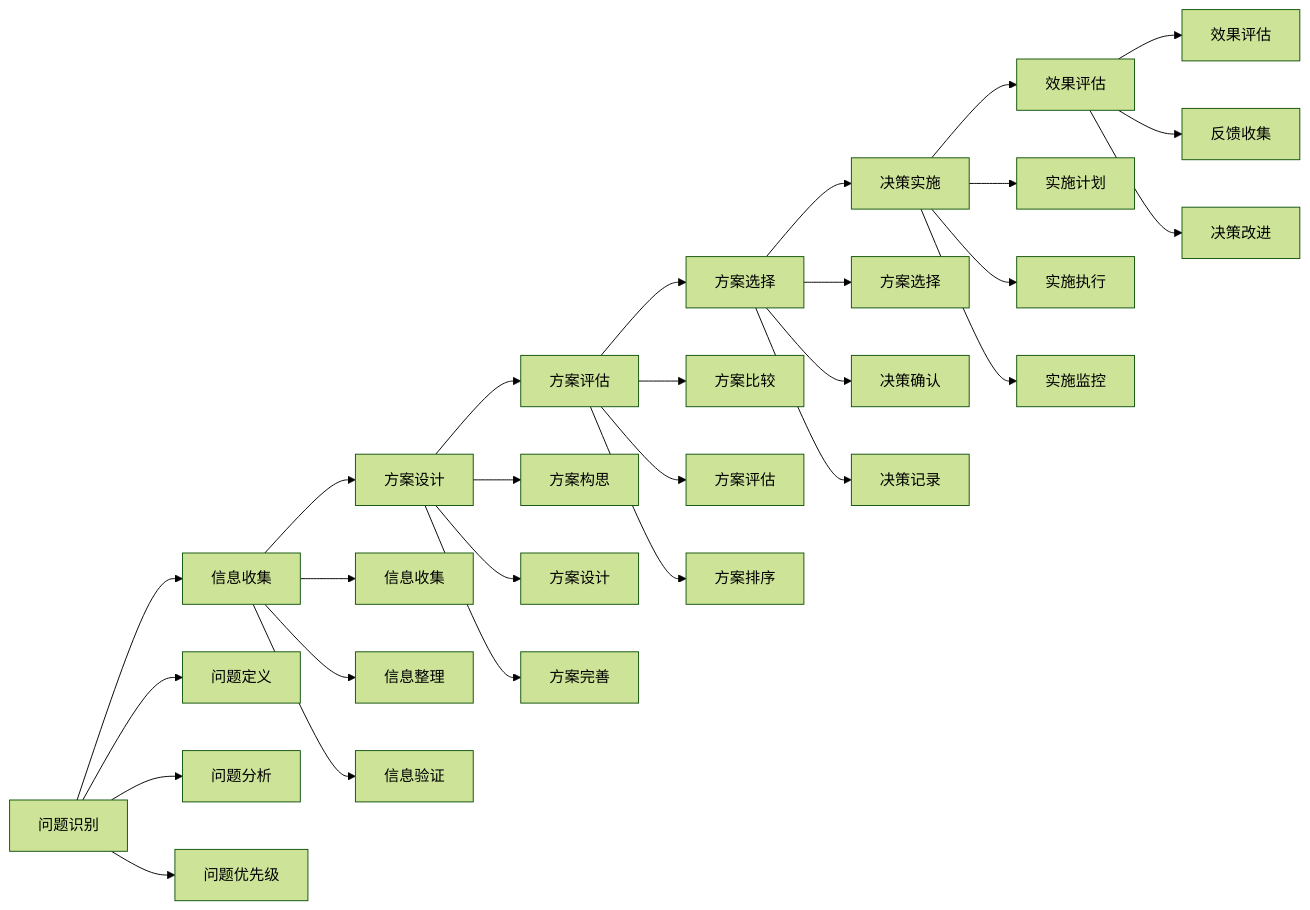
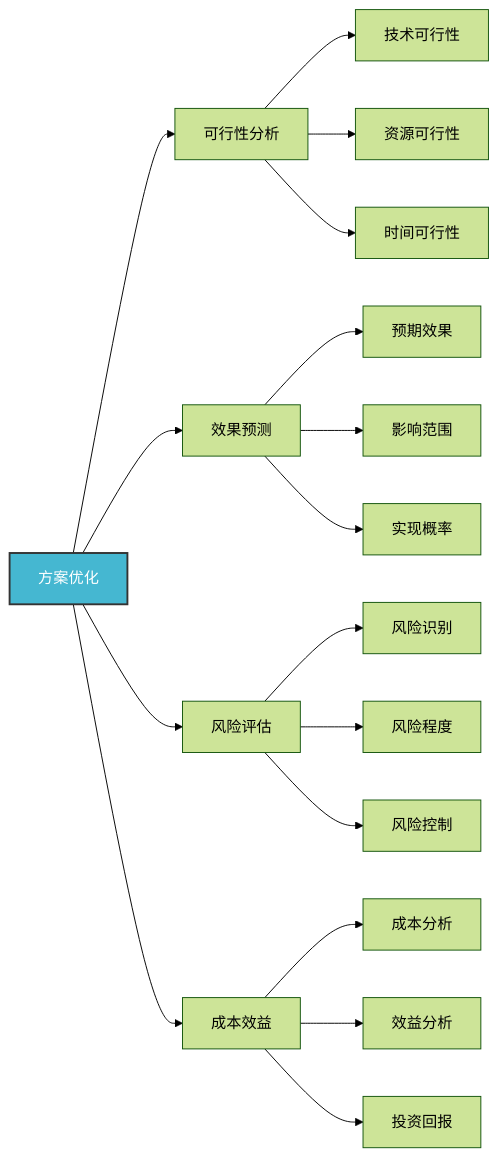
The fourth of 8 diagrams in 企业领导力/03-能力构建层/核心领导能力/02-决策能力.md (Anping2017/obsidian), drawn with Mermaid (forest theme) before and after one commit. The commit also changed other lines of this file and 28 other files, not shown here.

````diff
--- a/企业领导力/03-能力构建层/核心领导能力/02-决策能力.md
+++ b/企业领导力/03-能力构建层/核心领导能力/02-决策能力.md
@@ -43,37 +136,25 @@
 ```mermaid
 graph LR
-    A[问题识别] --> B[信息收集]
-    B --> C[方案设计]
-    C --> D[方案评估]
-    D --> E[方案选择]
-    E --> F[决策实施]
-    F --> G[效果评估]
+    A[方案优化] --> B[可行性分析]
+    A --> C[效果预测]
+    A --> D[风险评估]
+    A --> E[成本效益]
     
-    A --> A1[问题定义]
-    A --> A2[问题分析]
-    A --> A3[问题优先级]
+    B --> B1[技术可行性]
+    B --> B2[资源可行性]
+    B --> B3[时间可行性]
     
-    B --> B1[信息收集]
-    B --> B2[信息整理]
-    B --> B3[信息验证]
+    C --> C1[预期效果]
+    C --> C2[影响范围]
+    C --> C3[实现概率]
     
-    C --> C1[方案构思]
-    C --> C2[方案设计]
-    C --> C3[方案完善]
+    D --> D1[风险识别]
+    D --> D2[风险程度]
+    D --> D3[风险控制]
     
-    D --> D1[方案比较]
-    D --> D2[方案评估]
-    D --> D3[方案排序]
+    E --> E1[成本分析]
+    E --> E2[效益分析]
+    E --> E3[投资回报]
     
-    E --> E1[方案选择]
-    E --> E2[决策确认]
-    E --> E3[决策记录]
-    
-    F --> F1[实施计划]
-    F --> F2[实施执行]
-    F --> F3[实施监控]
-    
-    G --> G1[效果评估]
-    G --> G2[反馈收集]
-    G --> G3[决策改进]
+    style A fill:#45b7d1,stroke:#333,stroke-width:2px,color:#fff
 ```
````
